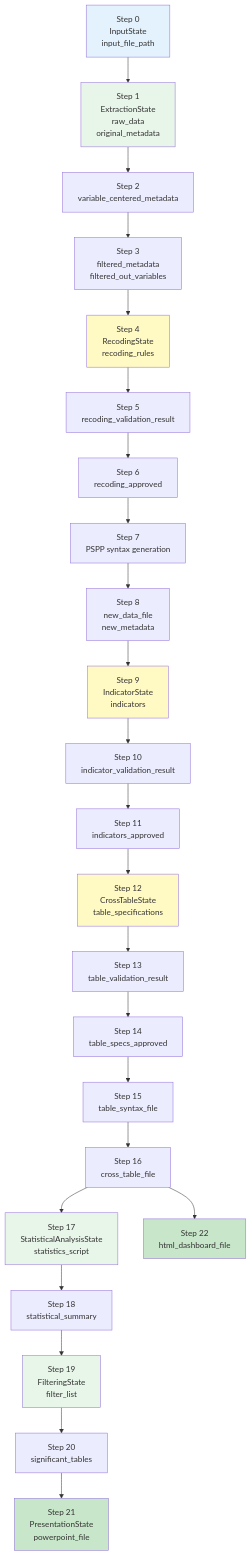
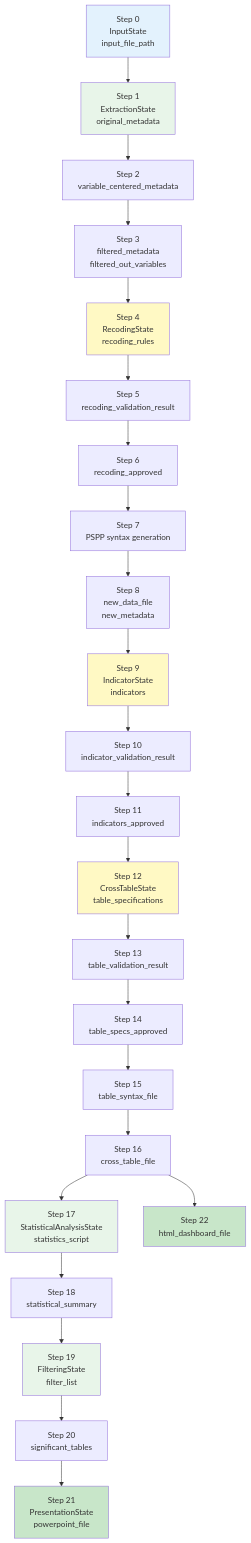
The third of 3 diagrams in docs/application-design/data-schema.md (abcxyzx0099/datachat), drawn with Mermaid before and after one commit. The commit also changed other lines of this file and 3 other files, not shown here.

````diff
--- a/docs/application-design/data-schema.md
+++ b/docs/application-design/data-schema.md
@@ -542,47 +542,47 @@
 ```mermaid
 graph TD
     STEP0["Step 0<br/>InputState<br/>input_file_path"]
-    STEP1["Step 1<br/>ExtractionState<br/>raw_data<br/>original_metadata"]
+    STEP1["Step 1<br/>ExtractionState<br/>original_metadata"]
     STEP2["Step 2<br/>variable_centered_metadata"]
     STEP3["Step 3<br/>filtered_metadata<br/>filtered_out_variables"]
     STEP4["Step 4<br/>RecodingState<br/>recoding_rules"]
     STEP5["Step 5<br/>recoding_validation_result"]
     STEP6["Step 6<br/>recoding_approved"]
     STEP7["Step 7<br/>PSPP syntax generation"]
     STEP8["Step 8<br/>new_data_file<br/>new_metadata"]
     STEP9["Step 9<br/>IndicatorState<br/>indicators"]
     STEP10["Step 10<br/>indicator_validation_result"]
     STEP11["Step 11<br/>indicators_approved"]
     STEP12["Step 12<br/>CrossTableState<br/>table_specifications"]
     STEP13["Step 13<br/>table_validation_result"]
     STEP14["Step 14<br/>table_specs_approved"]
     STEP15["Step 15<br/>table_syntax_file"]
     STEP16["Step 16<br/>cross_table_file"]
     STEP17["Step 17<br/>StatisticalAnalysisState<br/>statistics_script"]
     STEP18["Step 18<br/>statistical_summary"]
     STEP19["Step 19<br/>FilteringState<br/>filter_list"]
     STEP20["Step 20<br/>significant_tables"]
     STEP21["Step 21<br/>PresentationState<br/>powerpoint_file"]
     STEP22["Step 22<br/>html_dashboard_file"]
 
     STEP0 --> STEP1 --> STEP2 --> STEP3
     STEP3 --> STEP4 --> STEP5 --> STEP6
     STEP6 --> STEP7 --> STEP8
     STEP8 --> STEP9 --> STEP10 --> STEP11
     STEP11 --> STEP12 --> STEP13 --> STEP14
     STEP14 --> STEP15 --> STEP16
     STEP16 --> STEP17 --> STEP18
     STEP18 --> STEP19 --> STEP20
     STEP20 --> STEP21
     STEP16 --> STEP22
 
     style STEP0 fill:#e3f2fd
     style STEP1 fill:#e8f5e9
     style STEP4 fill:#fff9c4
     style STEP9 fill:#fff9c4
     style STEP12 fill:#fff9c4
     style STEP17 fill:#e8f5e9
     style STEP19 fill:#e8f5e9
     style STEP21 fill:#c8e6c9
     style STEP22 fill:#c8e6c9
 ```
````
